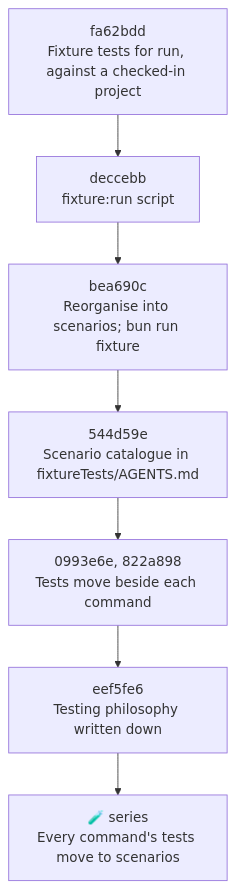
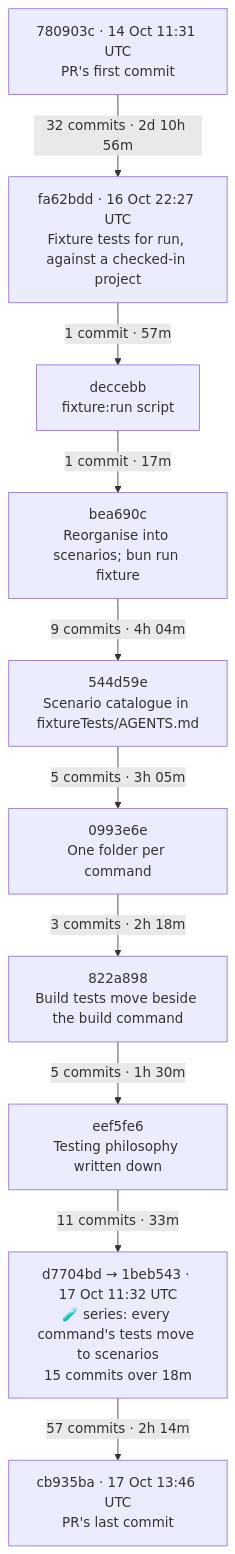
The diagram in project-md/research/fixture-test-patterns.md (dwjohnston/thunderjar), drawn with Mermaid before and after one commit. The commit also changed other lines of this file, not shown here.

Commit message:
🤖 Copilot: Show commit counts and elapsed time in the fixture pattern timeline
Session ID: d3a8cf20-2565-4bc0-8e46-ebf0aa22dc41
Copilot SDK in VS Code

````diff
--- a/project-md/research/fixture-test-patterns.md
+++ b/project-md/research/fixture-test-patterns.md
@@ -17,9 +19,13 @@
 ```mermaid
 flowchart TD
-    A["fa62bdd<br/>Fixture tests for run, against a checked-in project"] --> B["deccebb<br/>fixture:run script"]
-    B --> C["bea690c<br/>Reorganise into scenarios; bun run fixture"]
-    C --> D["544d59e<br/>Scenario catalogue in fixtureTests/AGENTS.md"]
-    D --> E["0993e6e, 822a898<br/>Tests move beside each command"]
-    E --> F["eef5fe6<br/>Testing philosophy written down"]
-    F --> G["🧪 series<br/>Every command's tests move to scenarios"]
+    S["780903c · 14 Oct 11:31 UTC<br/>PR's first commit"] -->|"32 commits · 2d 10h 56m"| A
+    A["fa62bdd · 16 Oct 22:27 UTC<br/>Fixture tests for run, against a checked-in project"] -->|"1 commit · 57m"| B
+    B["deccebb<br/>fixture:run script"] -->|"1 commit · 17m"| C
+    C["bea690c<br/>Reorganise into scenarios; bun run fixture"] -->|"9 commits · 4h 04m"| D
+    D["544d59e<br/>Scenario catalogue in fixtureTests/AGENTS.md"] -->|"5 commits · 3h 05m"| E1
+    E1["0993e6e<br/>One folder per command"] -->|"3 commits · 2h 18m"| E2
+    E2["822a898<br/>Build tests move beside the build command"] -->|"5 commits · 1h 30m"| F
+    F["eef5fe6<br/>Testing philosophy written down"] -->|"11 commits · 33m"| G
+    G["d7704bd → 1beb543 · 17 Oct 11:32 UTC<br/>🧪 series: every command's tests move to scenarios<br/>15 commits over 18m"] -->|"57 commits · 2h 14m"| T
+    T["cb935ba · 17 Oct 13:46 UTC<br/>PR's last commit"]
 ```
````
